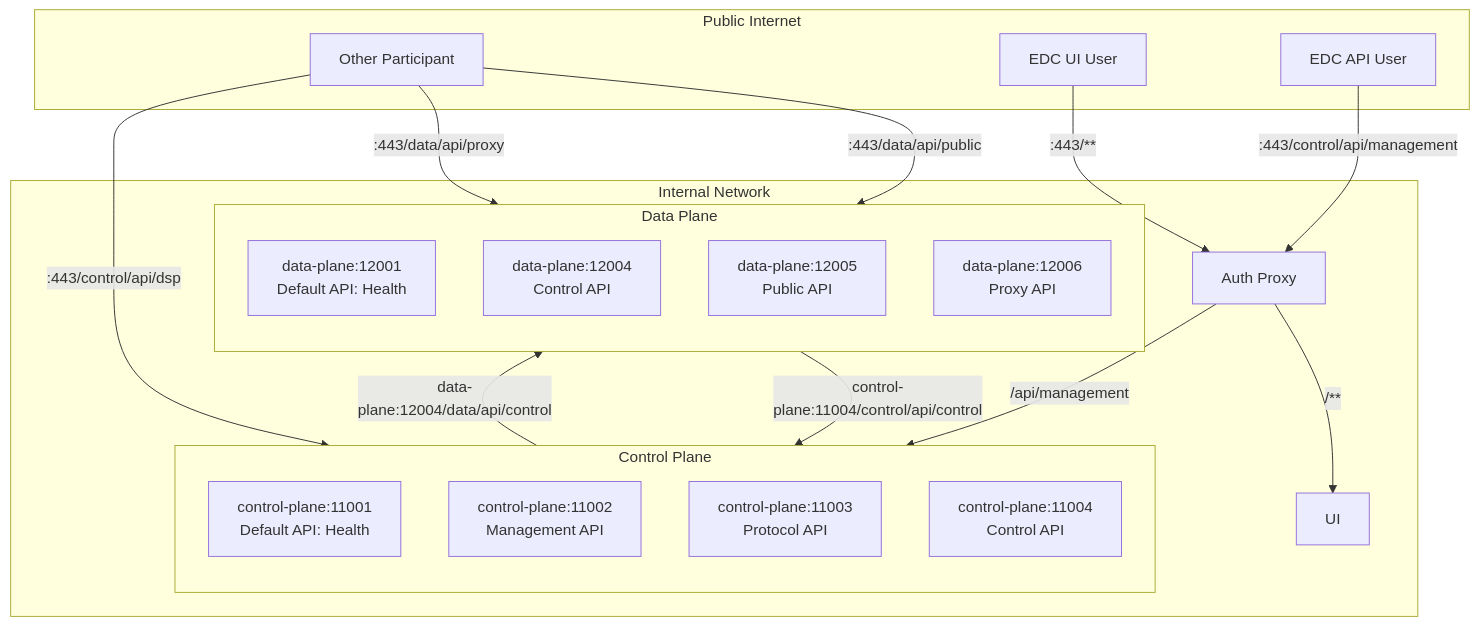
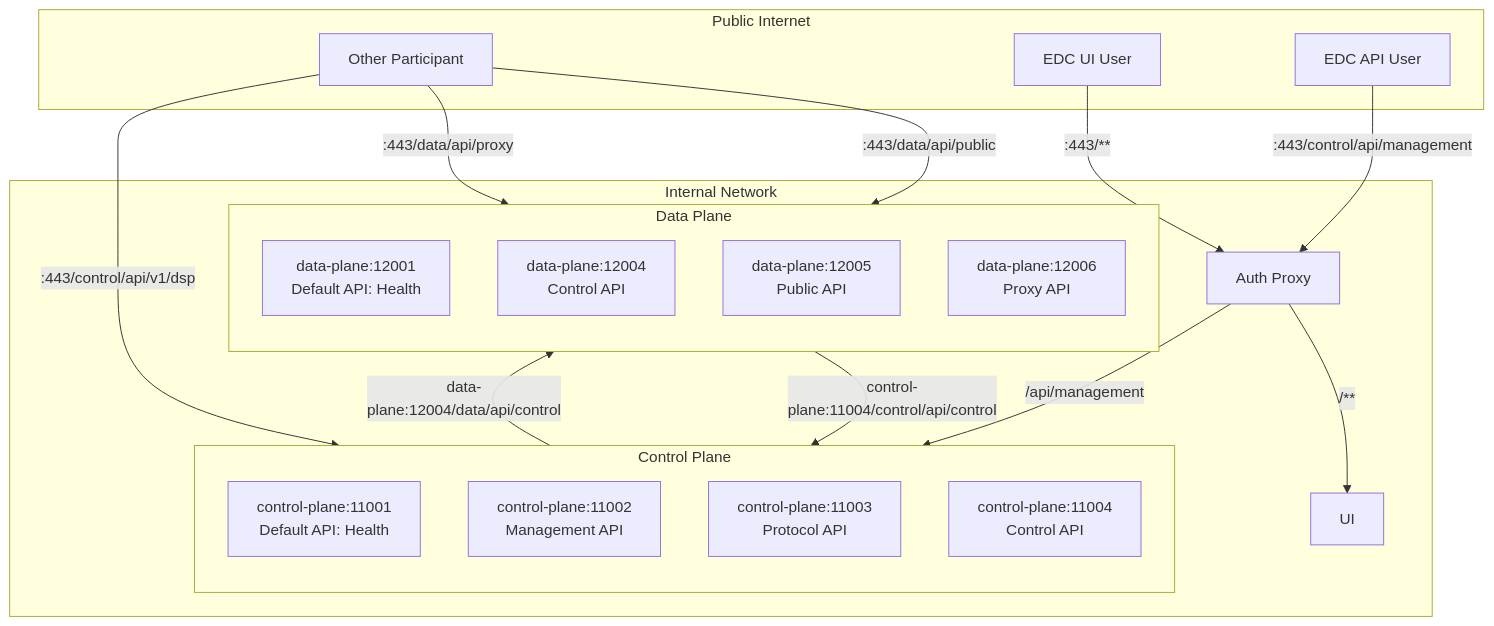
One commit to sovity/edc-ce changed the diagram in docs/deployment-guide/goals/production-ce/cp-dp-standalone.md. Above: the diagram before and after it, drawn with Mermaid. The commit also changed other lines of this file and 44 other files, not shown here.

````diff
--- a/docs/deployment-guide/goals/production-ce/cp-dp-standalone.md
+++ b/docs/deployment-guide/goals/production-ce/cp-dp-standalone.md
@@ -44,38 +44,38 @@
 ```mermaid
 flowchart TD
   subgraph Internal Network
     subgraph Control Plane
       direction TB
       cp-11001[control-plane:11001<br>Default API: Health]
       cp-11002[control-plane:11002<br>Management API]
       cp-11003[control-plane:11003<br>Protocol API]
       cp-11004[control-plane:11004<br>Control API]
     end
     subgraph Data Plane
       direction TB
       dp-12001[data-plane:12001<br>Default API: Health]
       dp-12004[data-plane:12004<br>Control API]
       dp-12005[data-plane:12005<br>Public API]
       dp-12006[data-plane:12006<br>Proxy API]
     end
     auth-proxy[Auth Proxy]
     ui[UI]
 
   end
 
   subgraph Public Internet
     counterparty[Other Participant]
     ui-user[EDC UI User]
     api-user[EDC API User]
   end
 
   cp-11004 -- data-plane:12004/data/api/control --> dp-12004
   dp-12004 -- control-plane:11004/control/api/control --> cp-11004
   counterparty -- :443/data/api/public --> dp-12005
   counterparty -- :443/data/api/proxy --> dp-12006
-  counterparty -- :443/control/api/dsp --> cp-11003
+  counterparty -- :443/control/api/v1/dsp --> cp-11003
   api-user -- :443/control/api/management --> auth-proxy
   ui-user -- :443/** --> auth-proxy
   auth-proxy -- /** --> ui
   auth-proxy -- /api/management --> cp-11002
 ```
````
